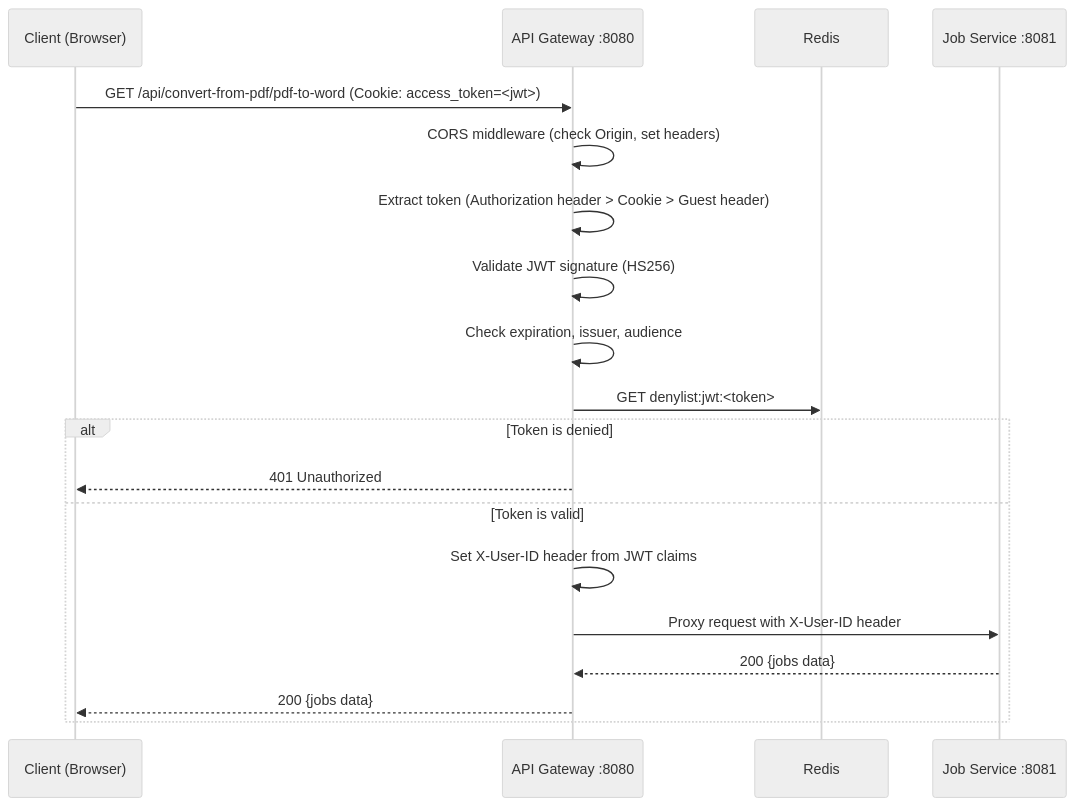
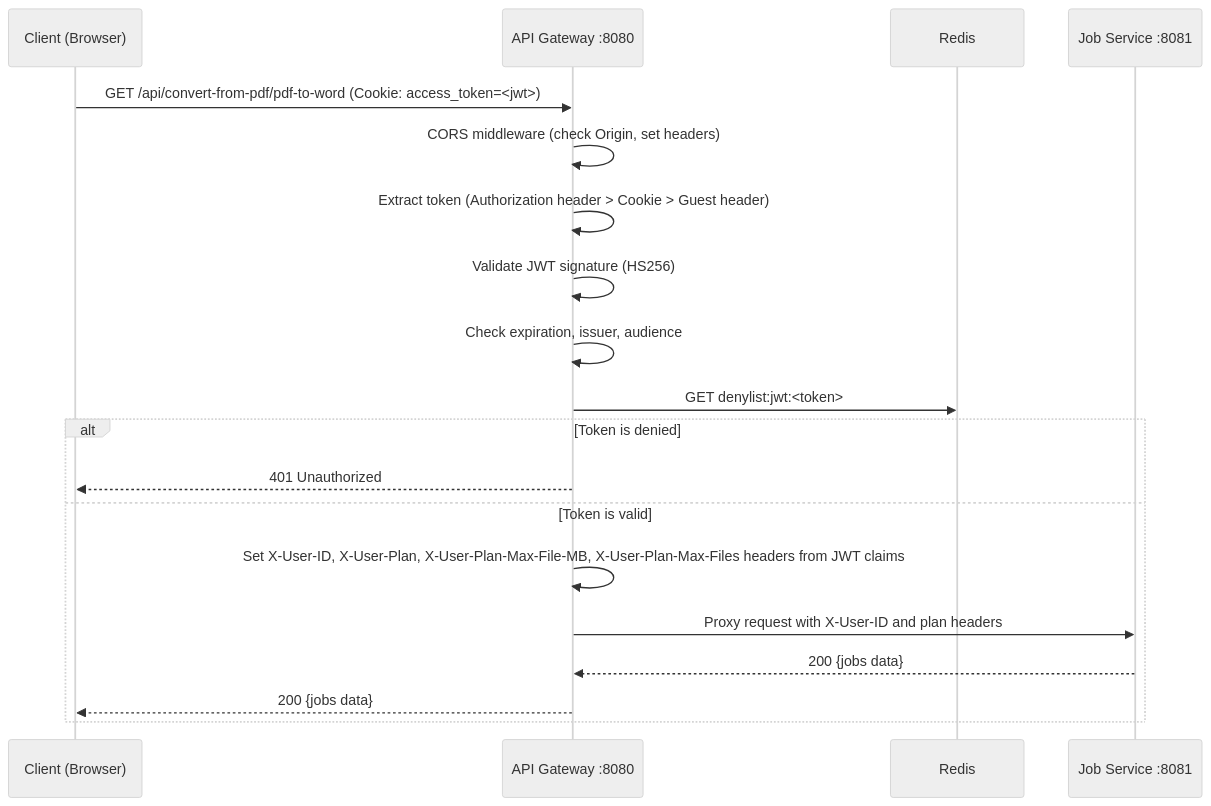
The first of 4 diagrams in docs/services/API_GATEWAY.md (Prachidubey2003/fyredocs_backend), drawn with Mermaid (neutral theme) before and after one commit. The commit also changed other lines of this file and 67 other files, not shown here.

First line of the commit message:
Consolidate upload into job-service and add plan limits to JWT/gateway

````diff
--- a/docs/services/API_GATEWAY.md
+++ b/docs/services/API_GATEWAY.md
@@ -376,24 +397,24 @@
 ```mermaid
 sequenceDiagram
     participant C as Client (Browser)
     participant GW as API Gateway :8080
     participant R as Redis
     participant JS as Job Service :8081
 
     C->>GW: GET /api/convert-from-pdf/pdf-to-word (Cookie: access_token=<jwt>)
 
     GW->>GW: CORS middleware (check Origin, set headers)
     GW->>GW: Extract token (Authorization header > Cookie > Guest header)
     GW->>GW: Validate JWT signature (HS256)
     GW->>GW: Check expiration, issuer, audience
 
     GW->>R: GET denylist:jwt:<token>
     alt Token is denied
         GW-->>C: 401 Unauthorized
     else Token is valid
-        GW->>GW: Set X-User-ID header from JWT claims
-        GW->>JS: Proxy request with X-User-ID header
+        GW->>GW: Set X-User-ID, X-User-Plan, X-User-Plan-Max-File-MB, X-User-Plan-Max-Files headers from JWT claims
+        GW->>JS: Proxy request with X-User-ID and plan headers
         JS-->>GW: 200 {jobs data}
         GW-->>C: 200 {jobs data}
     end
 ```
````
